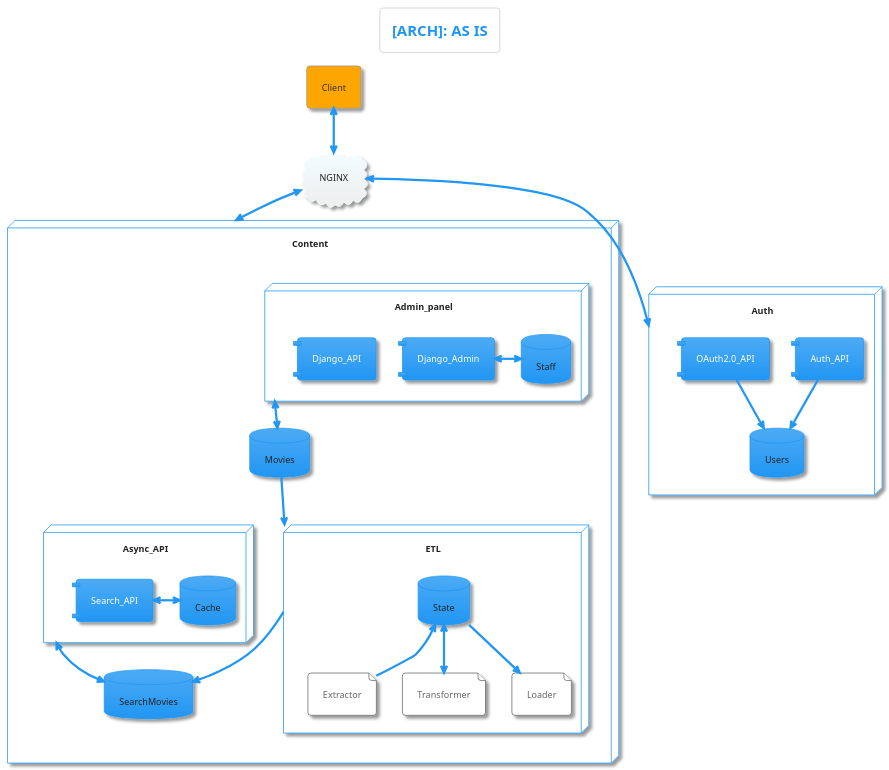
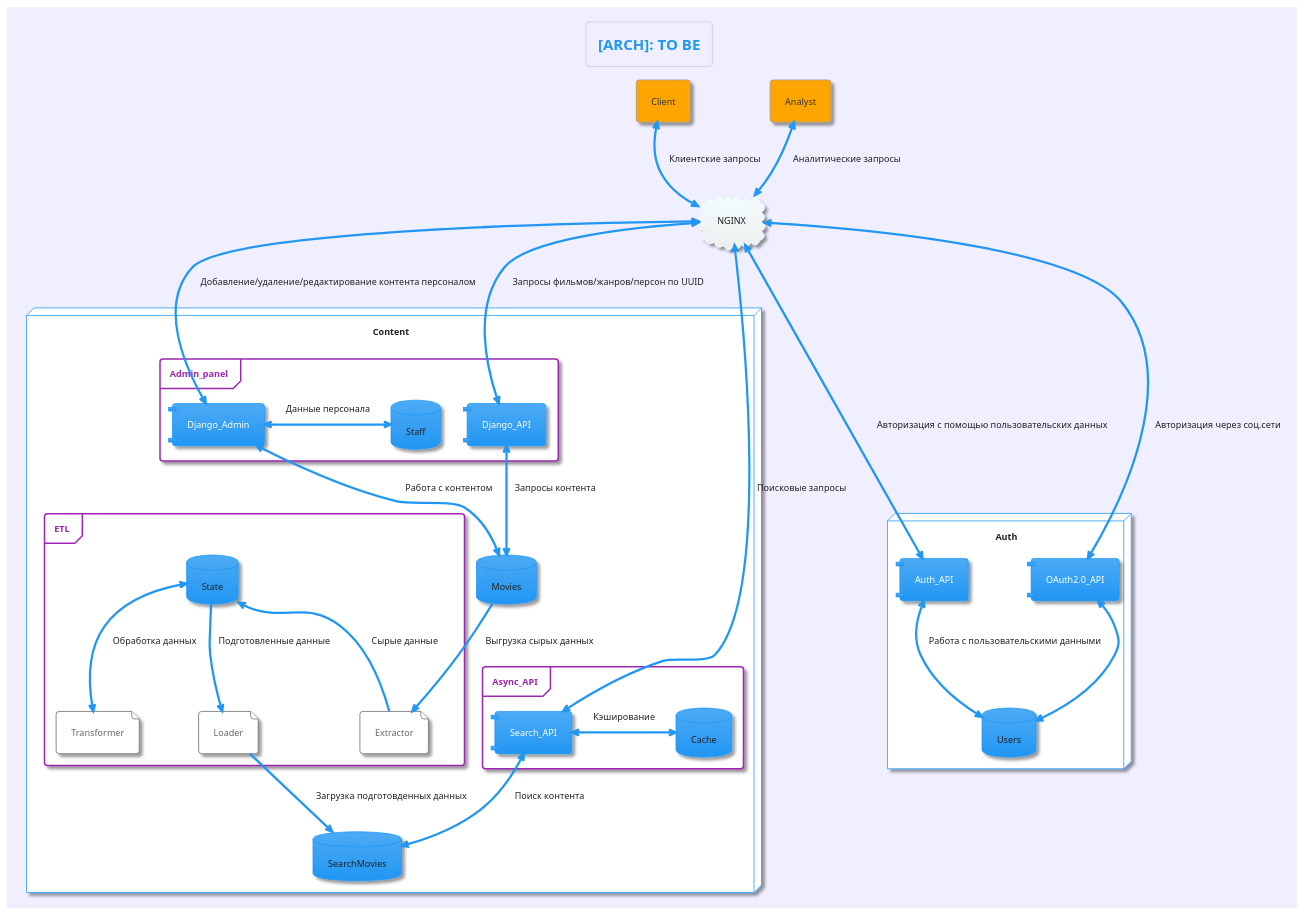
Before and after one commit to urbanchef/ugc_sprint_1: the diagram in architecture/as_is.puml, drawn with PlantUML. The commit also changed 1 other file, not shown here.

```diff
--- a/architecture/as_is.puml
+++ b/architecture/as_is.puml
@@ -1,50 +1,58 @@
 @startuml
 !theme materia
 skinparam componentStyle uml1
+skinparam backgroundColor MOTIVATION
 
-title [ARCH]: AS IS
+title [ARCH]: TO BE
 
 agent Client
 cloud "NGINX" as server
-Client <--> server
+Client <--> server: Клиентские запросы
+agent Analyst
+Analyst <--> server: Аналитические запросы
 
 node Content {
     database Movies
     database SearchMovies
-    node Admin_panel {
+    frame Admin_panel {
         database Staff
         component Django_Admin
         component Django_API
-        Django_Admin <-> Staff
+        Django_Admin <-> Staff: Данные персонала
     }
-    node ETL {
+    frame ETL {
         database State
         file Extractor
         file Transformer
         file Loader
-        State <-- Extractor
-        State <--> Transformer
-        State --> Loader
+        State <-- Extractor: Сырые данные
+        State <--> Transformer: Обработка данных
+        State --> Loader: Подготовленные данные
     }
-    node Async_API {
+    frame Async_API {
         component Search_API
         database Cache
-        Search_API <-> Cache
+        Search_API <-> Cache: Кэширование
     }
-    Movies --> ETL
-    Admin_panel <--> Movies
-    ETL --> SearchMovies
-    Async_API <--> SearchMovies
+    Movies --> Extractor: Выгрузка сырых данных
+    Django_Admin <--> Movies: Работа с контентом
+    Django_API <--> Movies: Запросы контента
+    Loader --> SearchMovies: Загрузка подготовденных данных
+    Search_API <--> SearchMovies: Поиск контента
 }
-server <--> Content
+
+server <--> Django_API: Запросы фильмов/жанров/персон по UUID
+server <--> Search_API: Поисковые запросы
+server <--> Django_Admin: Добавление/удаление/редактирование контента персоналом
 
 node Auth {
     component Auth_API
     component OAuth2.0_API
     database Users
-    Auth_API --> Users
-    OAuth2.0_API --> Users
+    Auth_API <--> Users: Работа с пользовательскими данными
+    OAuth2.0_API <--> Users
+}
 
-}
-server <--> Auth
+server <---> Auth_API: Авторизация с помощью пользовательских данных
+server <--> OAuth2.0_API: Авторизация через соц.сети
 @enduml
```
